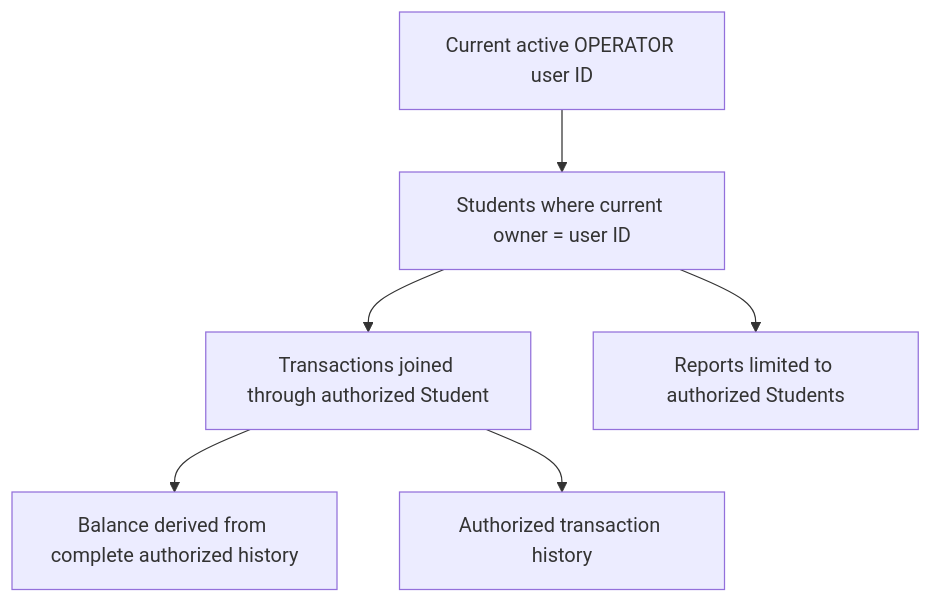
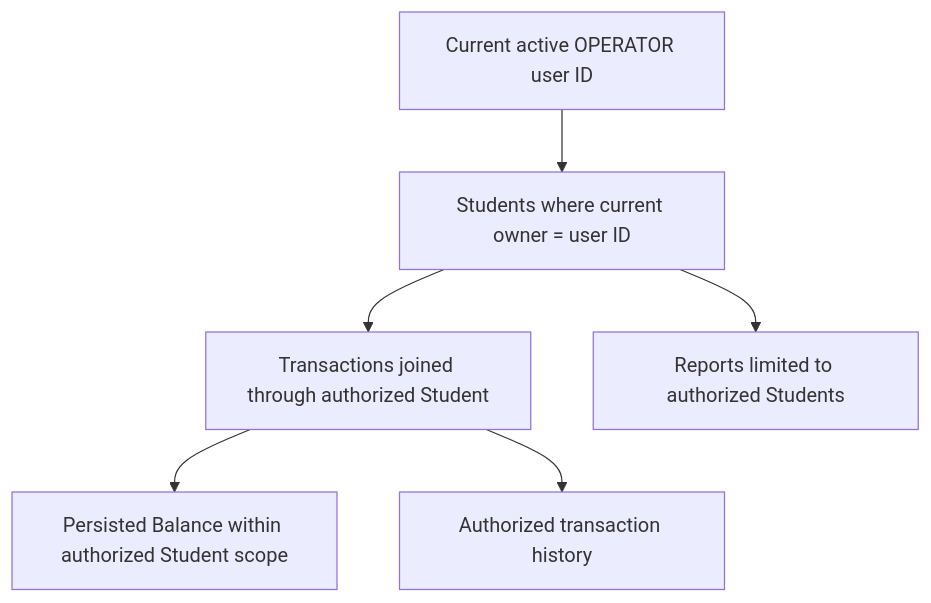
The fourth of 9 diagrams in docs/29-technical-design-authentication-authorization.md (azkafarhanm/amanah-cash), drawn with Mermaid before and after one commit. The commit also changed other lines of this file and 29 other files, not shown here.

Commit message:
docs: finalize transaction foundation architecture

````diff
--- a/docs/29-technical-design-authentication-authorization.md
+++ b/docs/29-technical-design-authentication-authorization.md
@@ -323,8 +325,8 @@
 ```mermaid
 flowchart TD
     O[Current active OPERATOR user ID] --> S[Students where current owner = user ID]
     S --> T[Transactions joined through authorized Student]
-    T --> B[Balance derived from complete authorized history]
+    T --> B[Persisted Balance within authorized Student scope]
     T --> H[Authorized transaction history]
     S --> R[Reports limited to authorized Students]
 ```
````
